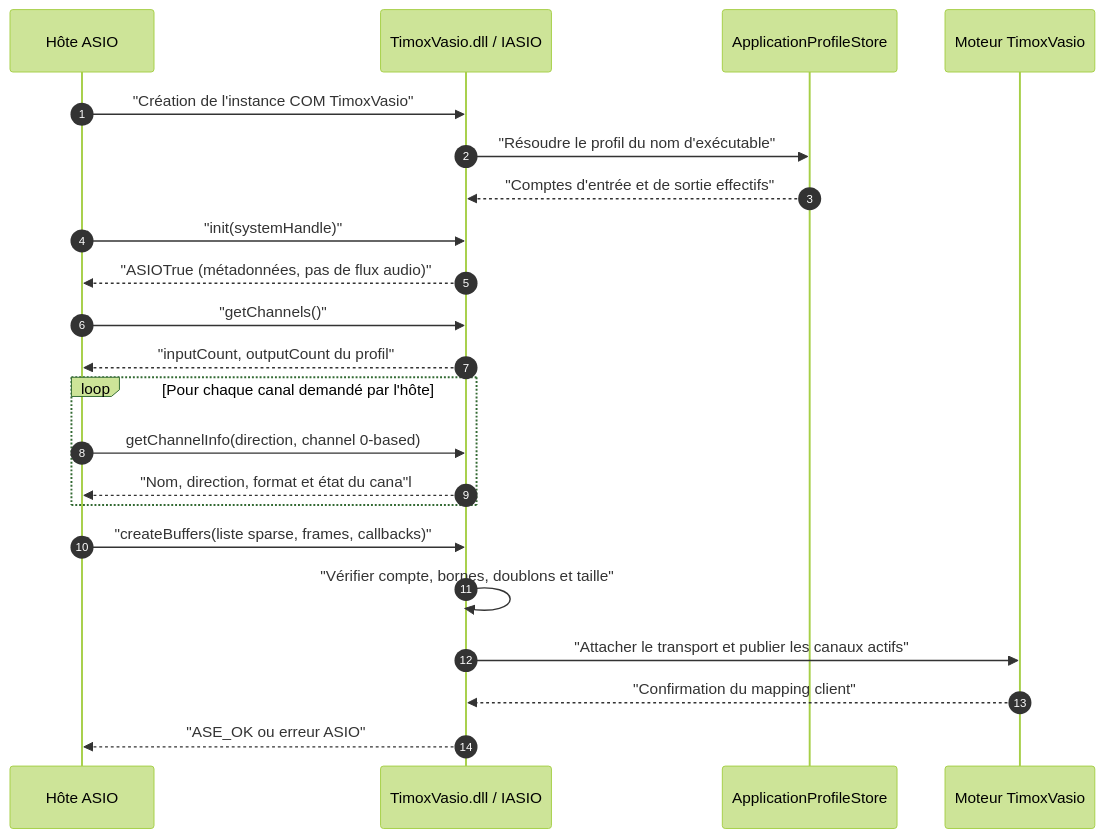
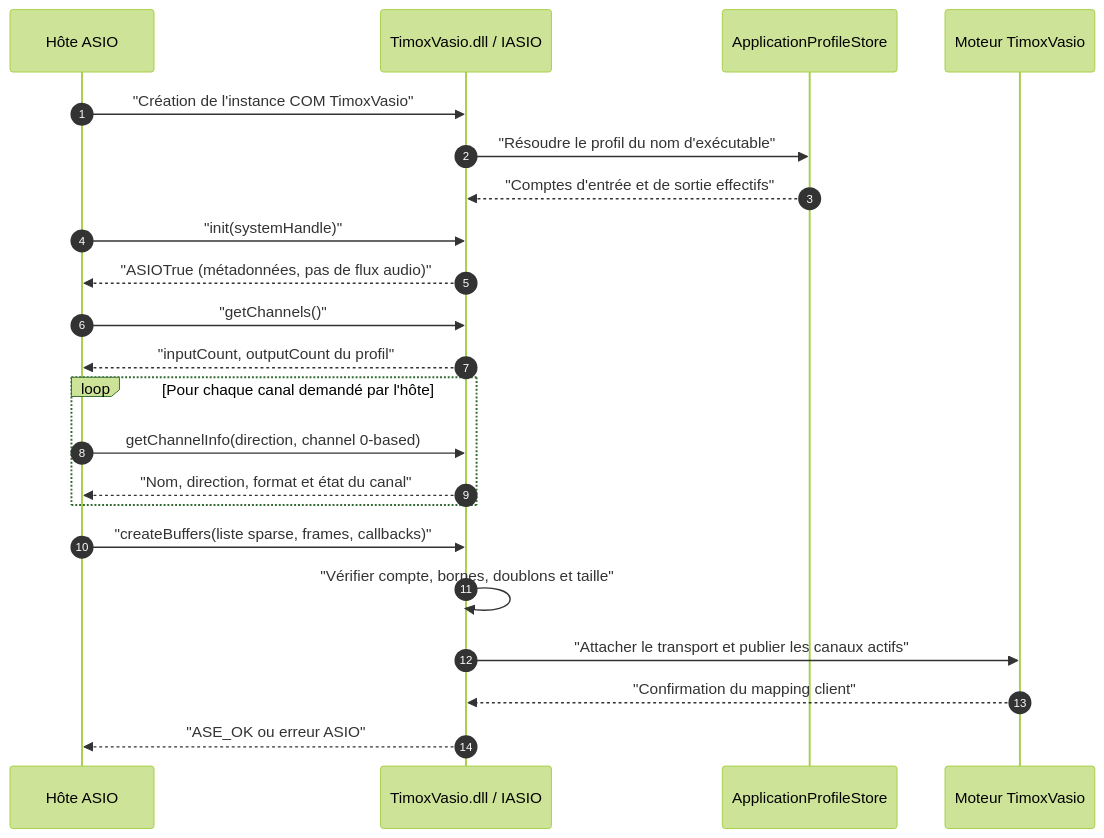
Before and after one commit to timox/TimoxVasio: the first of 5 diagrams in docs/DRIVER_SEQUENCES.md, drawn with Mermaid (forest theme). The commit also changed 12 other files, not shown here.

````diff
--- a/docs/DRIVER_SEQUENCES.md
+++ b/docs/DRIVER_SEQUENCES.md
@@ -14,25 +14,25 @@
 ```mermaid
 sequenceDiagram
     autonumber
     participant H as Hôte ASIO
     participant D as TimoxVasio.dll / IASIO
     participant S as ApplicationProfileStore
     participant M as Moteur TimoxVasio
 
     H->>D: "Création de l'instance COM TimoxVasio"
     D->>S: "Résoudre le profil du nom d'exécutable"
     S-->>D: "Comptes d'entrée et de sortie effectifs"
     H->>D: "init(systemHandle)"
     D-->>H: "ASIOTrue (métadonnées, pas de flux audio)"
     H->>D: "getChannels()"
     D-->>H: "inputCount, outputCount du profil"
     loop Pour chaque canal demandé par l'hôte
         H->>D: getChannelInfo(direction, channel 0-based)
-        D-->>H: "Nom, direction, format et état du cana"l
+    D-->>H: "Nom, direction, format et état du canal"
     end
     H->>D: "createBuffers(liste sparse, frames, callbacks)"
     D->>D: "Vérifier compte, bornes, doublons et taille"
     D->>M: "Attacher le transport et publier les canaux actifs"
     M-->>D: "Confirmation du mapping client"
     D-->>H: "ASE_OK ou erreur ASIO"
 ```
````
